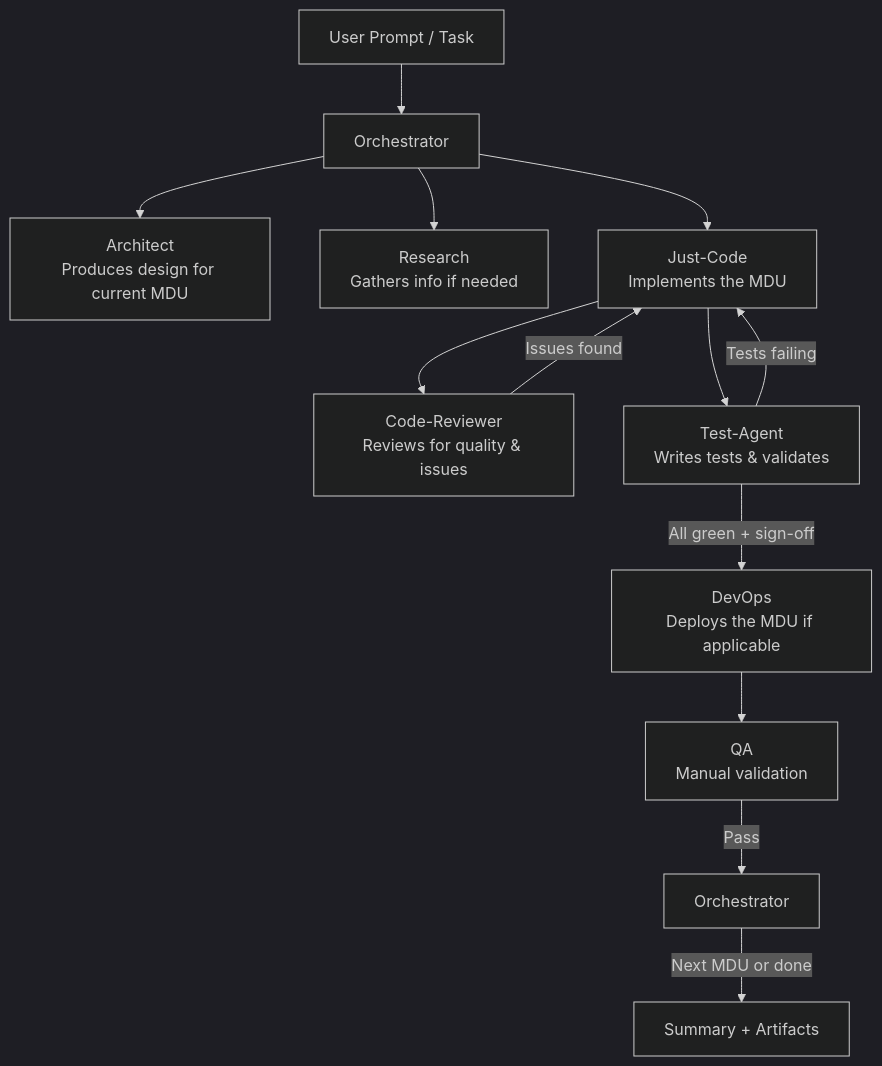
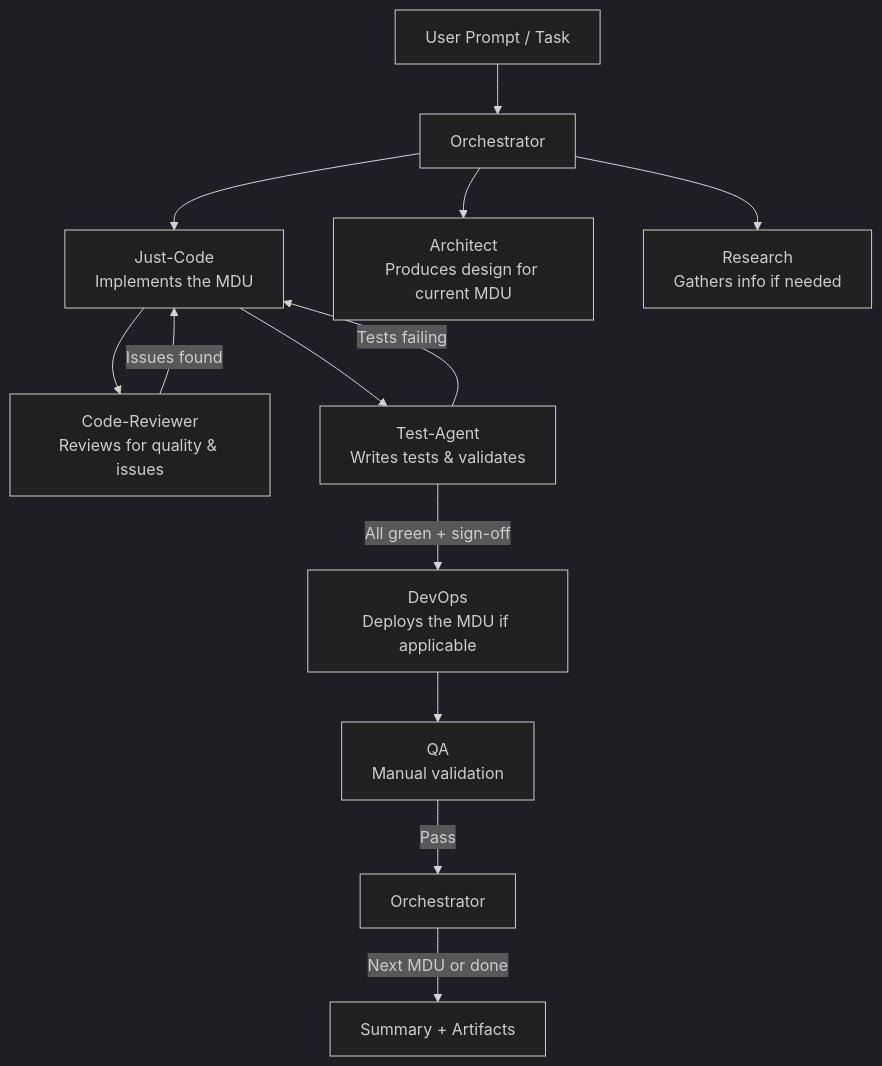
One commit to dihhuit/jeffs_agents changed the first of 2 diagrams in README.md. Above: the diagram before and after it, drawn with Mermaid (dark theme).

Commit message:
Fix Mermaid layout: reorder source so main vertical chain (User->Orch->...->Done) is defined first. This biases Dagre to place the entire flow (including bottom Done leaf) on the left side of the diagram, leaving bottom-right clear for GitHub's pan/zoom controls. Side branches (Arch, Research) now attach to the right.

````diff
--- a/README.md
+++ b/README.md
@@ -80,16 +80,15 @@
 ```mermaid
 graph TD
-    Done[Summary + Artifacts]
     User[User Prompt / Task] --> Orch[Orchestrator]
-    Orch --> Arch[Architect<br/>Produces design for current MDU]
-    Orch --> Research[Research<br/>Gathers info if needed]
     Orch --> JustCode[Just-Code<br/>Implements the MDU]
     JustCode --> Reviewer[Code-Reviewer<br/>Reviews for quality &amp; issues]
     Reviewer -->|Issues found| JustCode
     JustCode --> Tester[Test-Agent<br/>Writes tests &amp; validates]
     Tester -->|Tests failing| JustCode
     Tester -->|All green + sign-off| DevOps[DevOps<br/>Deploys the MDU if applicable]
     DevOps --> QA[QA<br/>Manual validation]
     QA -->|Pass| Orch2[Orchestrator]
-    Orch2 -->|Next MDU or done| Done
+    Orch2 -->|Next MDU or done| Done[Summary + Artifacts]
+    Orch --> Arch[Architect<br/>Produces design for current MDU]
+    Orch --> Research[Research<br/>Gathers info if needed]
 ```
````
